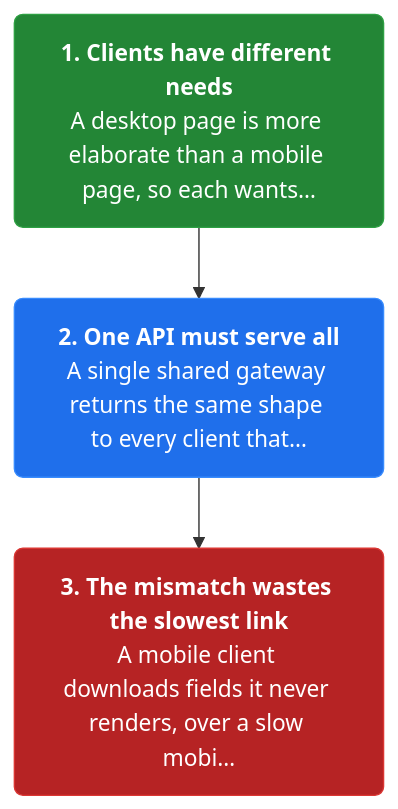
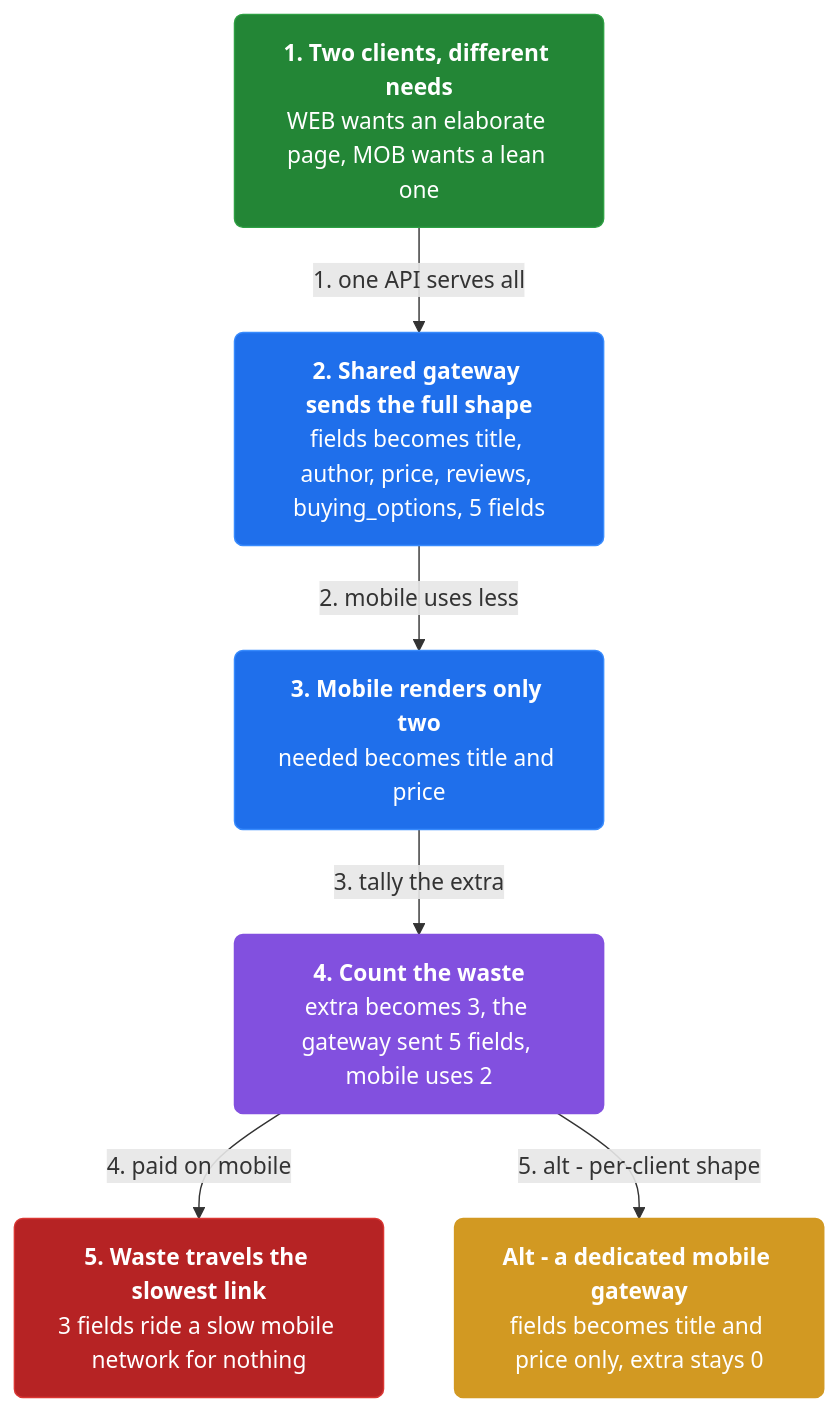
The first of 4 diagrams in docs/ch24-backends-for-frontends.md (vinayakuber/microservices-io-study-guide), drawn with Mermaid before and after one commit. The commit also changed other lines of this file and 46 other files, not shown here.

First line of the commit message:
Author rich branching flow diagrams for all 44 chapters

````diff
--- a/docs/ch24-backends-for-frontends.md
+++ b/docs/ch24-backends-for-frontends.md
@@ -13,11 +13,19 @@
 ```mermaid
 flowchart TD
-  classDef step fill:#1f6feb,color:#ffffff,stroke:#388bfd,stroke-width:1px,rx:6
+  classDef step fill:#1f6feb,color:#ffffff,stroke:#388bfd,rx:6
+  classDef core fill:#8250df,color:#ffffff,stroke:#8250df,rx:6
+  classDef warn fill:#d29922,color:#ffffff,stroke:#d29922,rx:6
   classDef start fill:#238636,color:#ffffff,stroke:#2ea043,rx:6
   classDef stop fill:#b62324,color:#ffffff,stroke:#da3633,rx:6
-  s0n0["<b>1. Clients have different needs</b><br/>A desktop page is more elaborate than a mobile page, so each wants…"]:::start
-  s0n1["<b>2. One API must serve all</b><br/>A single shared gateway returns the same shape to every client that…"]:::step
-  s0n2["<b>3. The mismatch wastes the slowest link</b><br/>A mobile client downloads fields it never renders, over a slow mobi…"]:::stop
-  s0n0 --> s0n1
-  s0n1 --> s0n2
+  n0["<b>1. Two clients, different needs</b><br/>WEB wants an elaborate page, MOB wants a lean one"]:::start
+  n1["<b>2. Shared gateway sends the full shape</b><br/>fields becomes title, author, price, reviews, buying_options, 5 fields"]:::step
+  n2["<b>3. Mobile renders only two</b><br/>needed becomes title and price"]:::step
+  n3["<b>4. Count the waste</b><br/>extra becomes 3, the gateway sent 5 fields, mobile uses 2"]:::core
+  n4["<b>5. Waste travels the slowest link</b><br/>3 fields ride a slow mobile network for nothing"]:::stop
+  n5["<b>Alt - a dedicated mobile gateway</b><br/>fields becomes title and price only, extra stays 0"]:::warn
+  n0 -->|"1. one API serves all"| n1
+  n1 -->|"2. mobile uses less"| n2
+  n2 -->|"3. tally the extra"| n3
+  n3 -->|"4. paid on mobile"| n4
+  n3 -->|"5. alt - per-client shape"| n5
 ```
````
